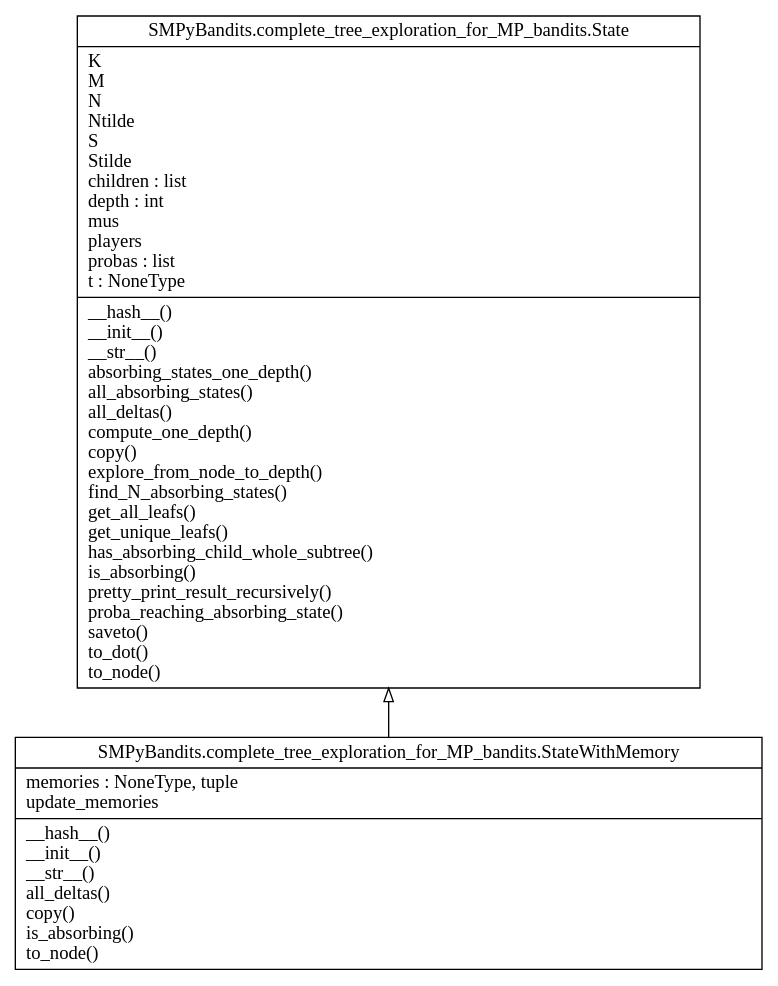
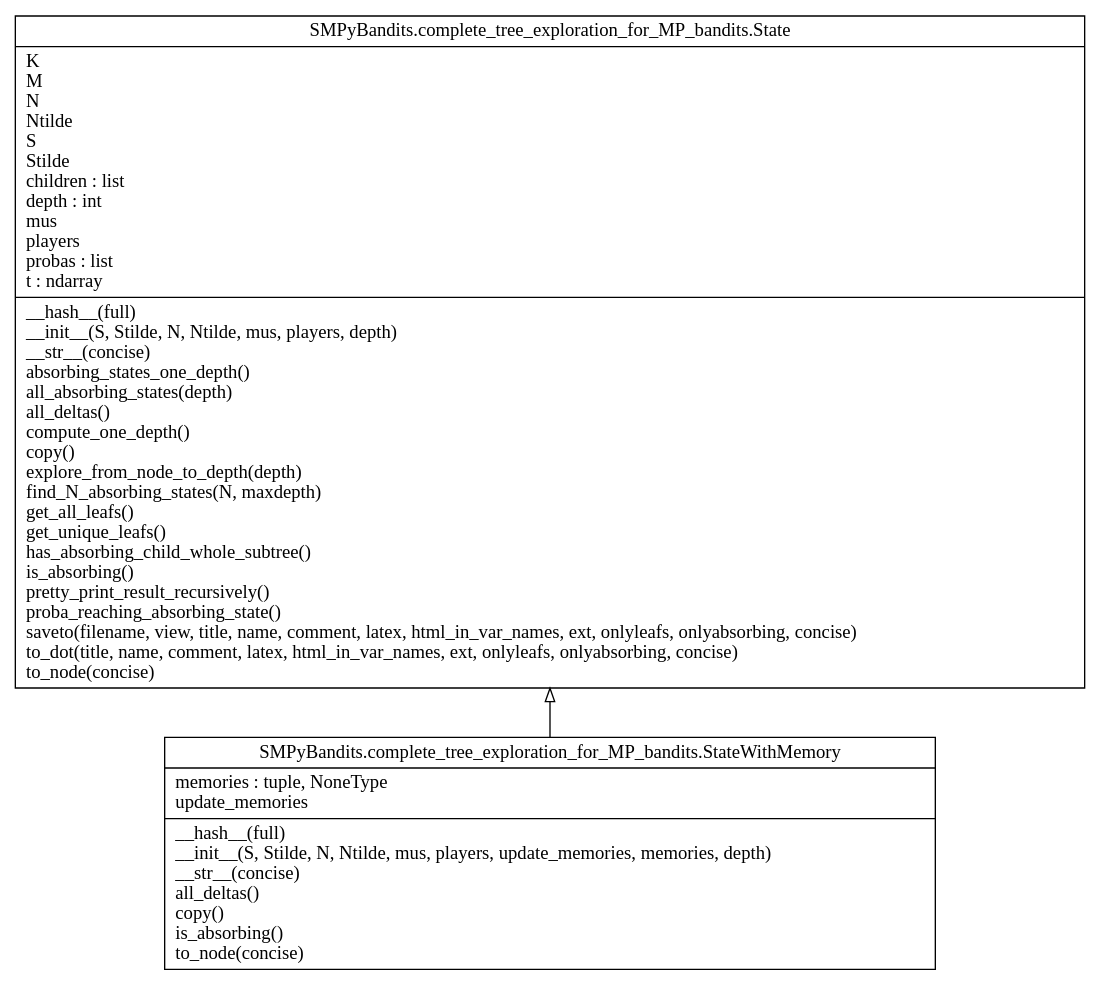
The diagram in uml_diagrams/classes_SMPyBandits.dot (SMPyBandits/SMPyBandits), drawn with Graphviz before and after one commit. The commit also changed 23 other files, not shown here.

```diff
--- a/uml_diagrams/classes_SMPyBandits.dot
+++ b/uml_diagrams/classes_SMPyBandits.dot
@@ -1,7 +1,7 @@
 digraph "classes_SMPyBandits" {
 charset="utf-8"
 rankdir=BT
-"0" [label="{SMPyBandits.complete_tree_exploration_for_MP_bandits.State|K\lM\lN\lNtilde\lS\lStilde\lchildren : list\ldepth : int\lmus\lplayers\lprobas : list\lt : NoneType\l|__hash__()\l__init__()\l__str__()\labsorbing_states_one_depth()\lall_absorbing_states()\lall_deltas()\lcompute_one_depth()\lcopy()\lexplore_from_node_to_depth()\lfind_N_absorbing_states()\lget_all_leafs()\lget_unique_leafs()\lhas_absorbing_child_whole_subtree()\lis_absorbing()\lpretty_print_result_recursively()\lproba_reaching_absorbing_state()\lsaveto()\lto_dot()\lto_node()\l}", shape="record"];
-"1" [label="{SMPyBandits.complete_tree_exploration_for_MP_bandits.StateWithMemory|memories : NoneType, tuple\lupdate_memories\l|__hash__()\l__init__()\l__str__()\lall_deltas()\lcopy()\lis_absorbing()\lto_node()\l}", shape="record"];
+"0" [label="{SMPyBandits.complete_tree_exploration_for_MP_bandits.State|K\lM\lN\lNtilde\lS\lStilde\lchildren : list\ldepth : int\lmus\lplayers\lprobas : list\lt : ndarray\l|__hash__(full)\l__init__(S, Stilde, N, Ntilde, mus, players, depth)\l__str__(concise)\labsorbing_states_one_depth()\lall_absorbing_states(depth)\lall_deltas()\lcompute_one_depth()\lcopy()\lexplore_from_node_to_depth(depth)\lfind_N_absorbing_states(N, maxdepth)\lget_all_leafs()\lget_unique_leafs()\lhas_absorbing_child_whole_subtree()\lis_absorbing()\lpretty_print_result_recursively()\lproba_reaching_absorbing_state()\lsaveto(filename, view, title, name, comment, latex, html_in_var_names, ext, onlyleafs, onlyabsorbing, concise)\lto_dot(title, name, comment, latex, html_in_var_names, ext, onlyleafs, onlyabsorbing, concise)\lto_node(concise)\l}", shape="record"];
+"1" [label="{SMPyBandits.complete_tree_exploration_for_MP_bandits.StateWithMemory|memories : tuple, NoneType\lupdate_memories\l|__hash__(full)\l__init__(S, Stilde, N, Ntilde, mus, players, update_memories, memories, depth)\l__str__(concise)\lall_deltas()\lcopy()\lis_absorbing()\lto_node(concise)\l}", shape="record"];
 "1" -> "0" [arrowhead="empty", arrowtail="none"];
 }
```
